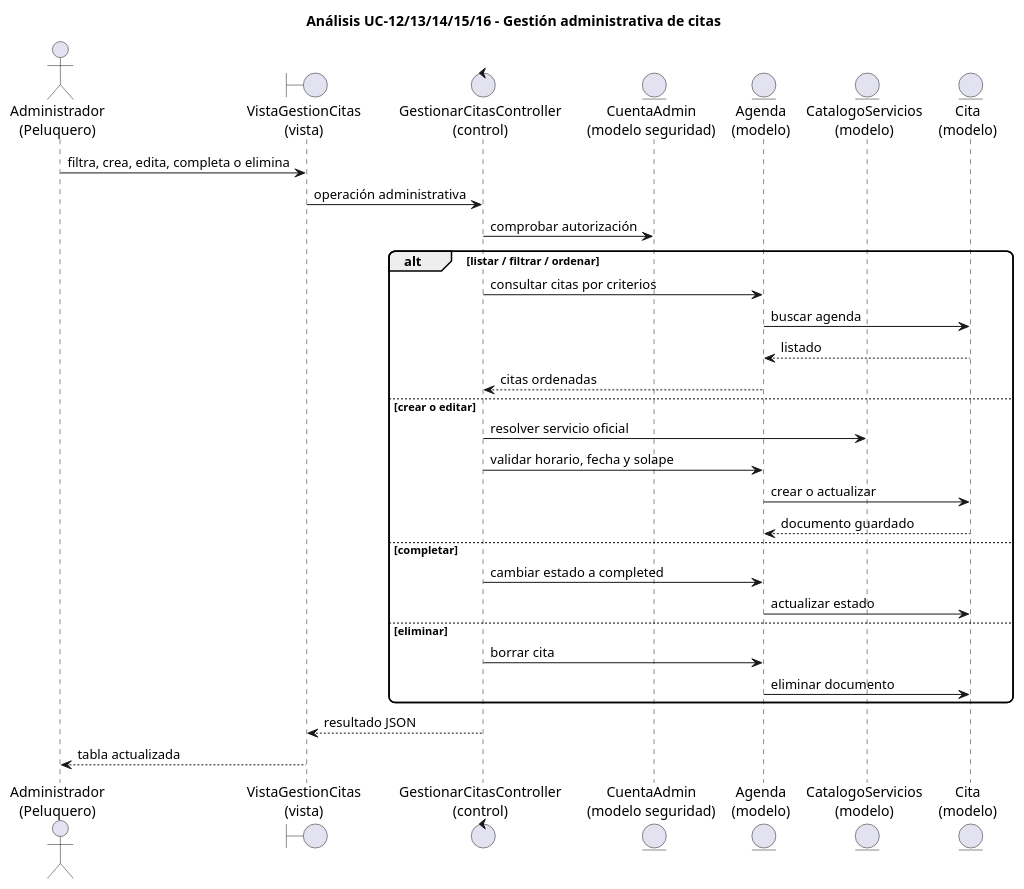
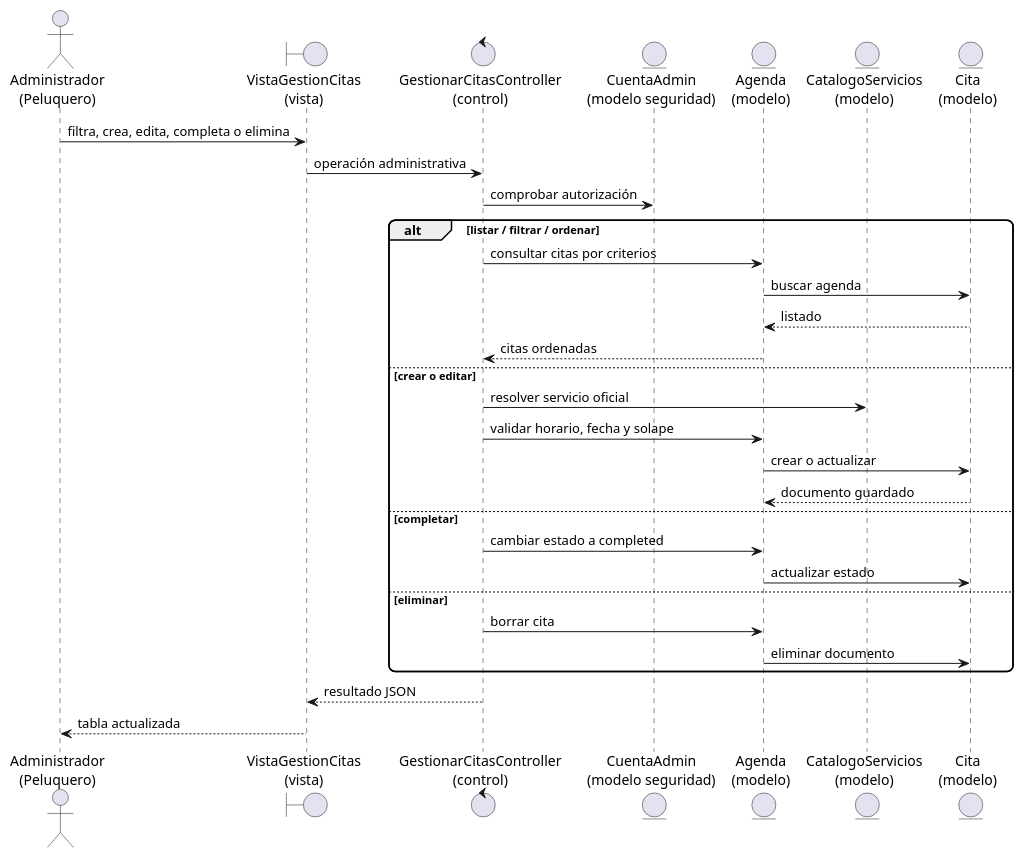
The diagram in diagramas/capitulo3/analisis/06_uc12_16_gestion_admin.puml (aadrigaar/TFG_CortePerfecto), drawn with PlantUML before and after one commit. The commit also changed 48 other files, not shown here.

```diff
--- a/diagramas/capitulo3/analisis/06_uc12_16_gestion_admin.puml
+++ b/diagramas/capitulo3/analisis/06_uc12_16_gestion_admin.puml
@@ -1,36 +1,35 @@
 @startuml
-title Análisis UC-12/13/14/15/16 - Gestión administrativa de citas
 scale max 1800 width
 skinparam shadowing false
 skinparam roundcorner 12
 actor "Administrador\n(Peluquero)" as Admin
 boundary "VistaGestionCitas\n(vista)" as View
 control "GestionarCitasController\n(control)" as Ctrl
 entity "CuentaAdmin\n(modelo seguridad)" as Account
 entity "Agenda\n(modelo)" as Agenda
 entity "CatalogoServicios\n(modelo)" as Catalog
 entity "Cita\n(modelo)" as Cita
 
 Admin -> View : filtra, crea, edita, completa o elimina
 View -> Ctrl : operación administrativa
 Ctrl -> Account : comprobar autorización
 alt listar / filtrar / ordenar
   Ctrl -> Agenda : consultar citas por criterios
   Agenda -> Cita : buscar agenda
   Cita --> Agenda : listado
   Agenda --> Ctrl : citas ordenadas
 else crear o editar
   Ctrl -> Catalog : resolver servicio oficial
   Ctrl -> Agenda : validar horario, fecha y solape
   Agenda -> Cita : crear o actualizar
   Cita --> Agenda : documento guardado
 else completar
   Ctrl -> Agenda : cambiar estado a completed
   Agenda -> Cita : actualizar estado
 else eliminar
   Ctrl -> Agenda : borrar cita
   Agenda -> Cita : eliminar documento
 end
 Ctrl --> View : resultado JSON
 View --> Admin : tabla actualizada
 @enduml
```
